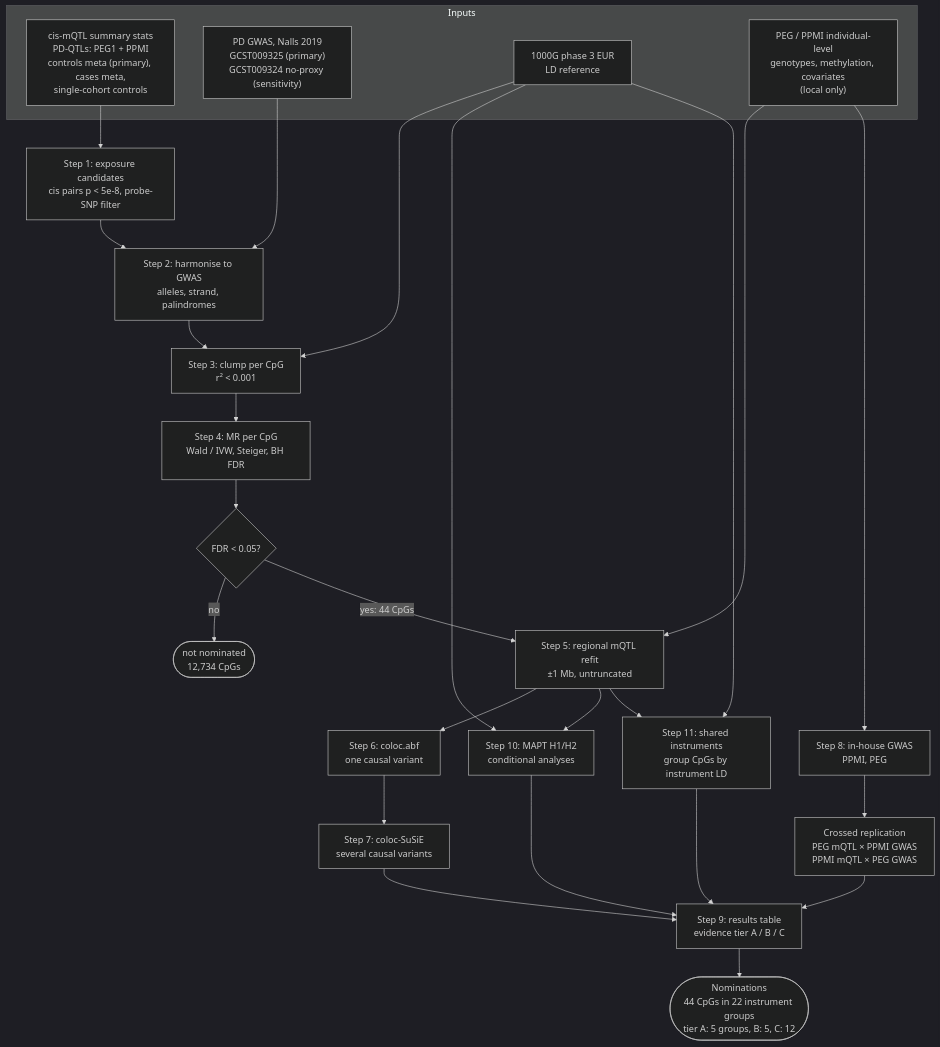
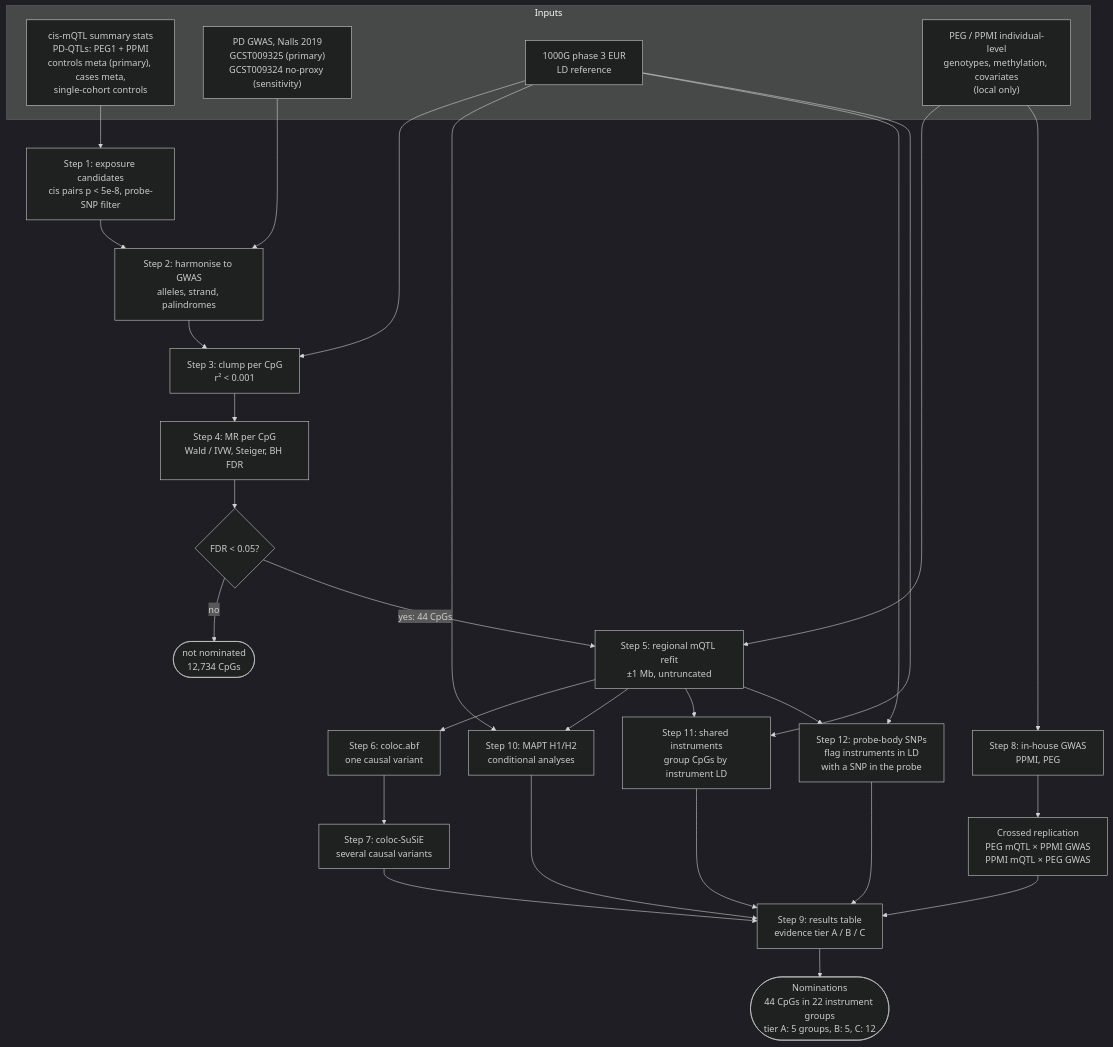
One commit to UCLA-Ritz-Lab/pd-causality changed the first of 6 diagrams in docs/phase1_flowchart.md. Above: the diagram before and after it, drawn with Mermaid (dark theme). The commit also changed other lines of this file and 5 other files, not shown here.

First line of the commit message:
Phase 1: probe-body SNP check (step 12); flag hits whose instrument tags an in-probe SNP

````diff
--- a/docs/phase1_flowchart.md
+++ b/docs/phase1_flowchart.md
@@ -11,38 +11,41 @@
 ```mermaid
 flowchart TD
     subgraph inputs [Inputs]
         MQTL["cis-mQTL summary stats<br/>PD-QTLs: PEG1 + PPMI<br/>controls meta (primary), cases meta,<br/>single-cohort controls"]
         GWAS["PD GWAS, Nalls 2019<br/>GCST009325 (primary)<br/>GCST009324 no-proxy (sensitivity)"]
         REF["1000G phase 3 EUR<br/>LD reference"]
         IND["PEG / PPMI individual-level<br/>genotypes, methylation, covariates<br/>(local only)"]
     end
 
     S1["Step 1: exposure candidates<br/>cis pairs p < 5e-8, probe-SNP filter"]
     S2["Step 2: harmonise to GWAS<br/>alleles, strand, palindromes"]
     S3["Step 3: clump per CpG<br/>r² < 0.001"]
     S4["Step 4: MR per CpG<br/>Wald / IVW, Steiger, BH FDR"]
     HIT{"FDR < 0.05?"}
     STOP1(["not nominated<br/>12,734 CpGs"])
     S5["Step 5: regional mQTL refit<br/>±1 Mb, untruncated"]
     S6["Step 6: coloc.abf<br/>one causal variant"]
     S7["Step 7: coloc-SuSiE<br/>several causal variants"]
     S8["Step 8: in-house GWAS<br/>PPMI, PEG"]
     X["Crossed replication<br/>PEG mQTL × PPMI GWAS<br/>PPMI mQTL × PEG GWAS"]
     S10["Step 10: MAPT H1/H2<br/>conditional analyses"]
     S11["Step 11: shared instruments<br/>group CpGs by instrument LD"]
+    S12["Step 12: probe-body SNPs<br/>flag instruments in LD<br/>with a SNP in the probe"]
     S9["Step 9: results table<br/>evidence tier A / B / C"]
     OUT(["Nominations<br/>44 CpGs in 22 instrument groups<br/>tier A: 5 groups, B: 5, C: 12"])
 
     MQTL --> S1 --> S2
     GWAS --> S2 --> S3
     REF --> S3 --> S4 --> HIT
     HIT -- "no" --> STOP1
     HIT -- "yes: 44 CpGs" --> S5
     IND --> S5 --> S6 --> S7 --> S9
     IND --> S8 --> X --> S9
     S5 --> S10 --> S9
     REF --> S10
     S5 --> S11 --> S9
+    S5 --> S12 --> S9
+    REF --> S12
     REF --> S11
     S9 --> OUT
 ```
````
